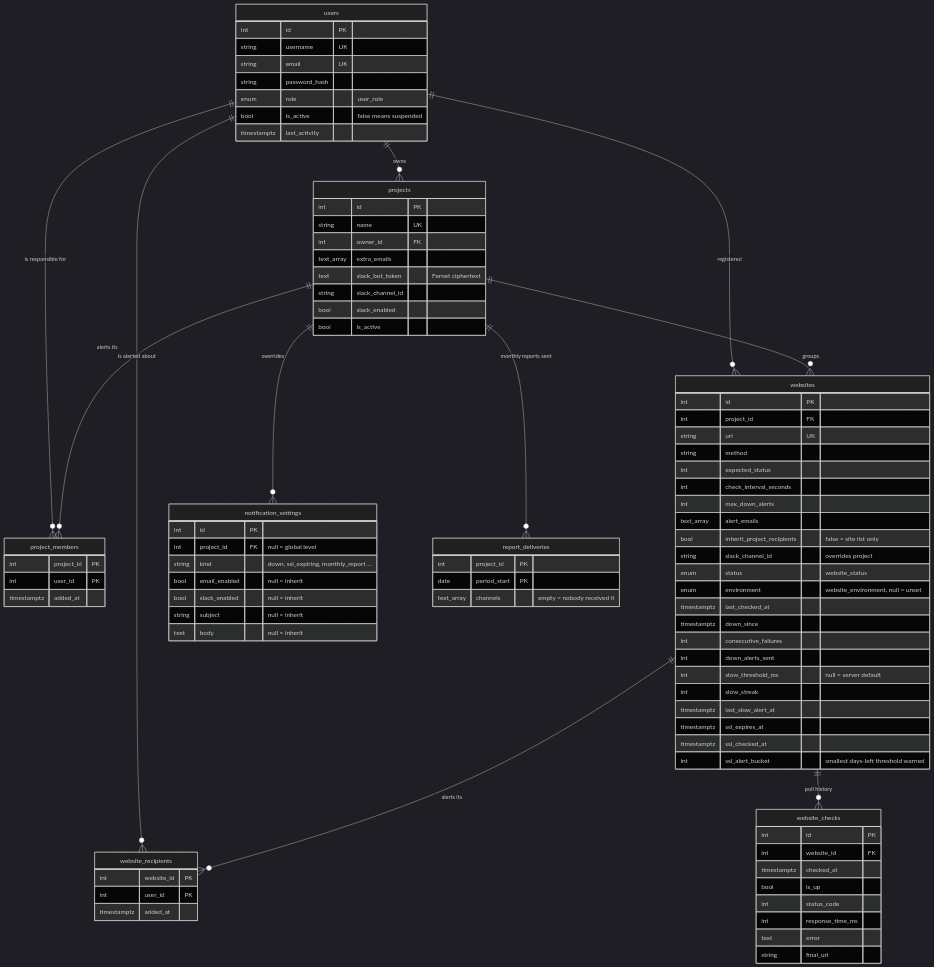
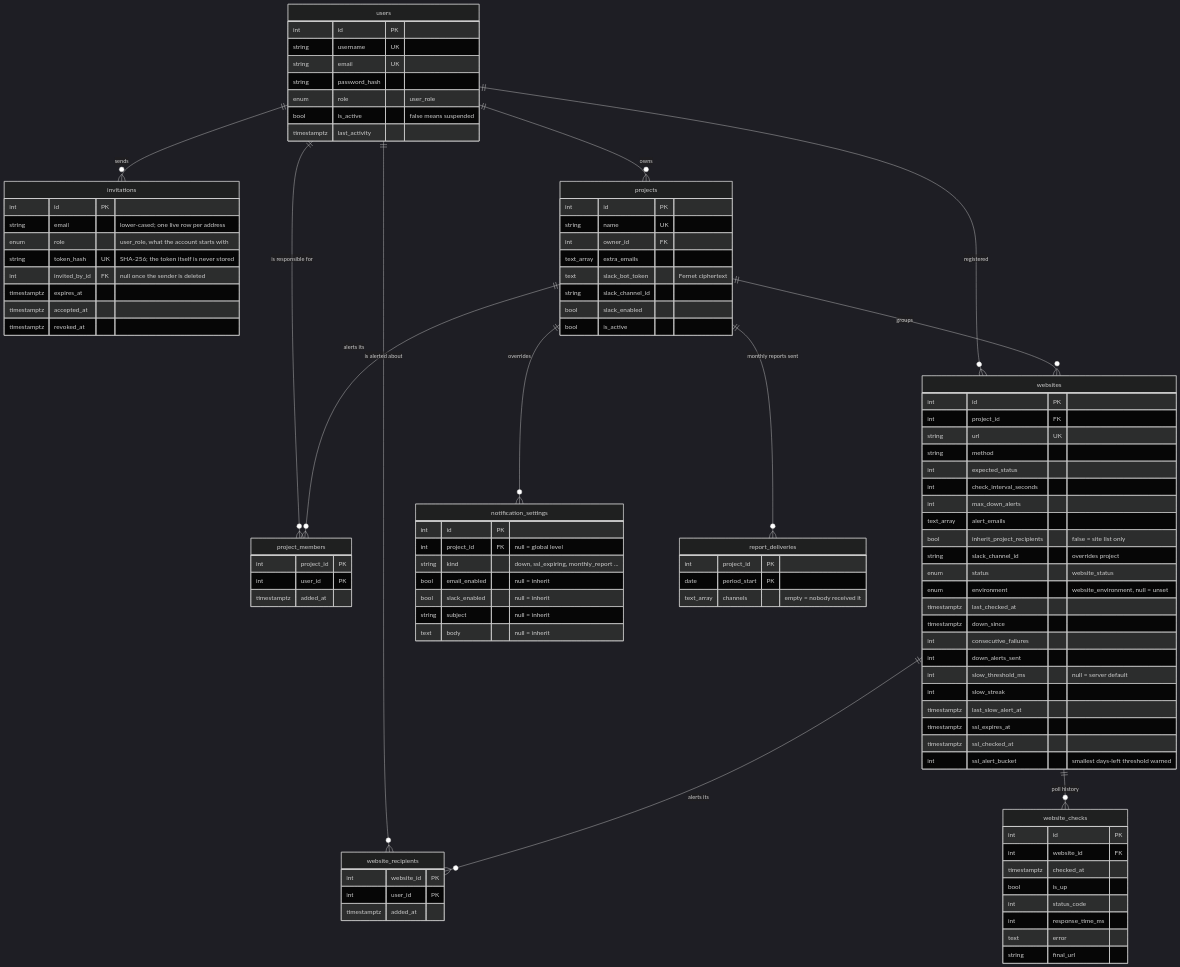
One commit to TahjibNil75/watchly changed the third of 6 diagrams in doc/hld.md. Above: the diagram before and after it, drawn with Mermaid (dark theme). The commit also changed other lines of this file and 26 other files, not shown here.

````diff
--- a/doc/hld.md
+++ b/doc/hld.md
@@ -168,5 +170,6 @@
 ```mermaid
 erDiagram
+    users ||--o{ invitations : "sends"
     users ||--o{ projects : owns
     users ||--o{ project_members : "is responsible for"
     projects ||--o{ project_members : "alerts its"
@@ -186,6 +189,16 @@
         enum role "user_role"
         bool is_active "false means suspended"
         timestamptz last_activity
+    }
+    invitations {
+        int id PK
+        string email "lower-cased; one live row per address"
+        enum role "user_role, what the account starts with"
+        string token_hash UK "SHA-256; the token itself is never stored"
+        int invited_by_id FK "null once the sender is deleted"
+        timestamptz expires_at
+        timestamptz accepted_at
+        timestamptz revoked_at
     }
     projects {
         int id PK
````
